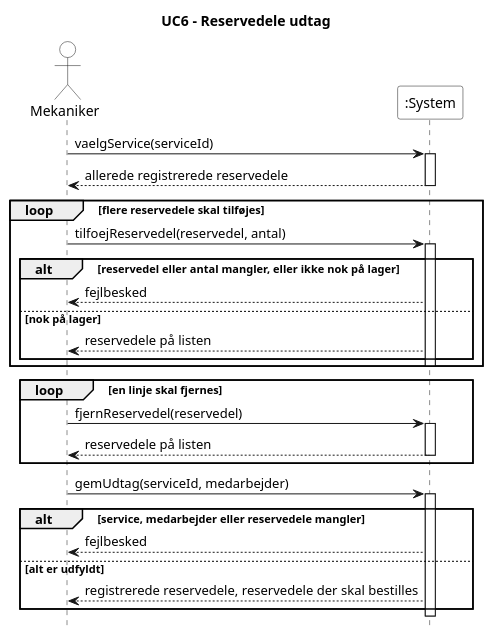
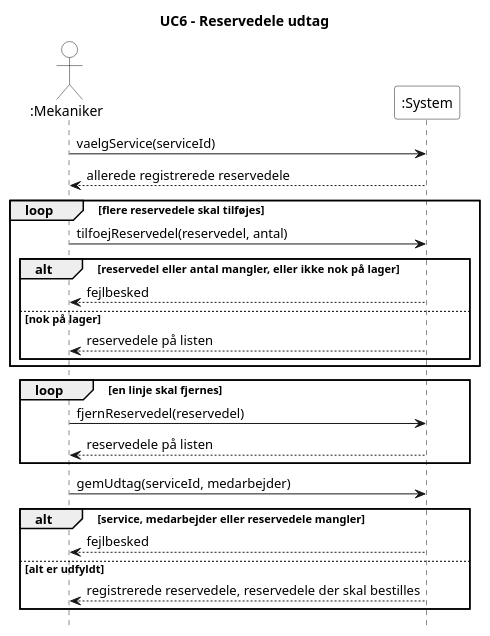
The diagram in 4. System Sekvens Diagram/UC6_reservedele_udtag.puml (Zoabz/Getting-Real), drawn with PlantUML before and after one commit. The commit also changed 16 other files, not shown here.

```diff
--- a/4. System Sekvens Diagram/UC6_reservedele_udtag.puml
+++ b/4. System Sekvens Diagram/UC6_reservedele_udtag.puml
@@ -1,45 +1,37 @@
 @startuml
 title UC6 - Reservedele udtag
 hide footbox
 skinparam monochrome true
 skinparam shadowing false
 skinparam backgroundColor white
 skinparam actor {
   BackgroundColor white
 }
 skinparam participant {
   BackgroundColor white
 }
 
-actor Mekaniker
+actor ":Mekaniker" as Mekaniker
 participant ":System" as System
 
 Mekaniker -> System : vaelgService(serviceId)
-activate System
 System --> Mekaniker : allerede registrerede reservedele
-deactivate System
 loop flere reservedele skal tilføjes
   Mekaniker -> System : tilfoejReservedel(reservedel, antal)
-  activate System
   alt reservedel eller antal mangler, eller ikke nok på lager
     System --> Mekaniker : fejlbesked
   else nok på lager
     System --> Mekaniker : reservedele på listen
   end
-  deactivate System
 end
 loop en linje skal fjernes
   Mekaniker -> System : fjernReservedel(reservedel)
-  activate System
   System --> Mekaniker : reservedele på listen
-  deactivate System
 end
 Mekaniker -> System : gemUdtag(serviceId, medarbejder)
-activate System
 alt service, medarbejder eller reservedele mangler
   System --> Mekaniker : fejlbesked
 else alt er udfyldt
   System --> Mekaniker : registrerede reservedele, reservedele der skal bestilles
 end
-deactivate System
 @enduml
```
